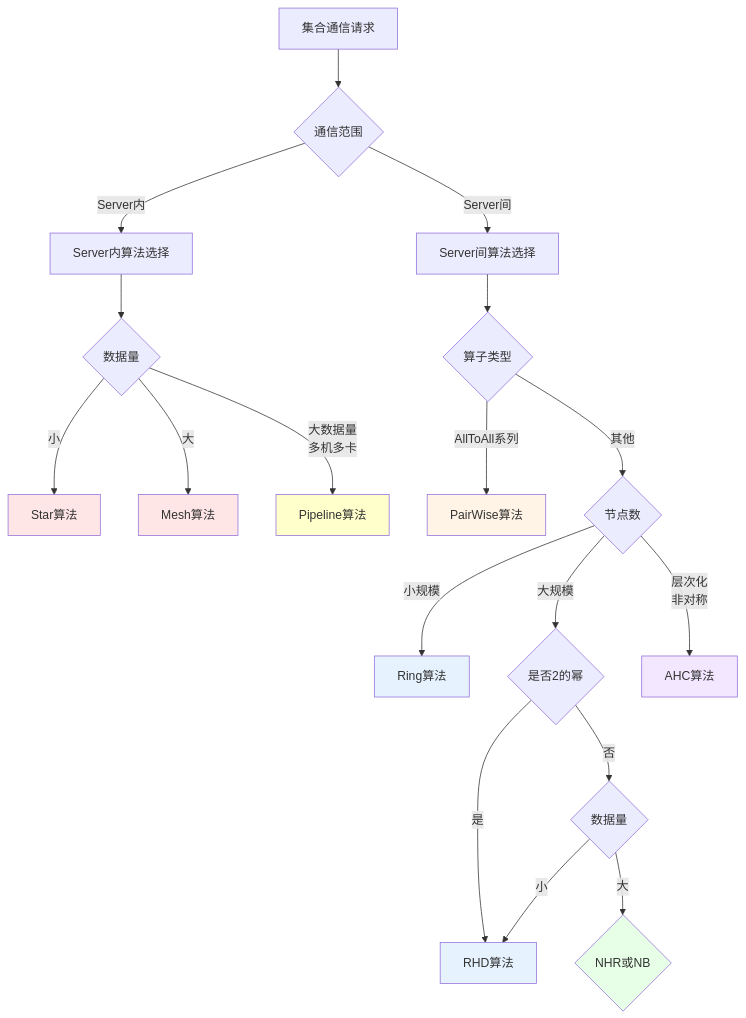
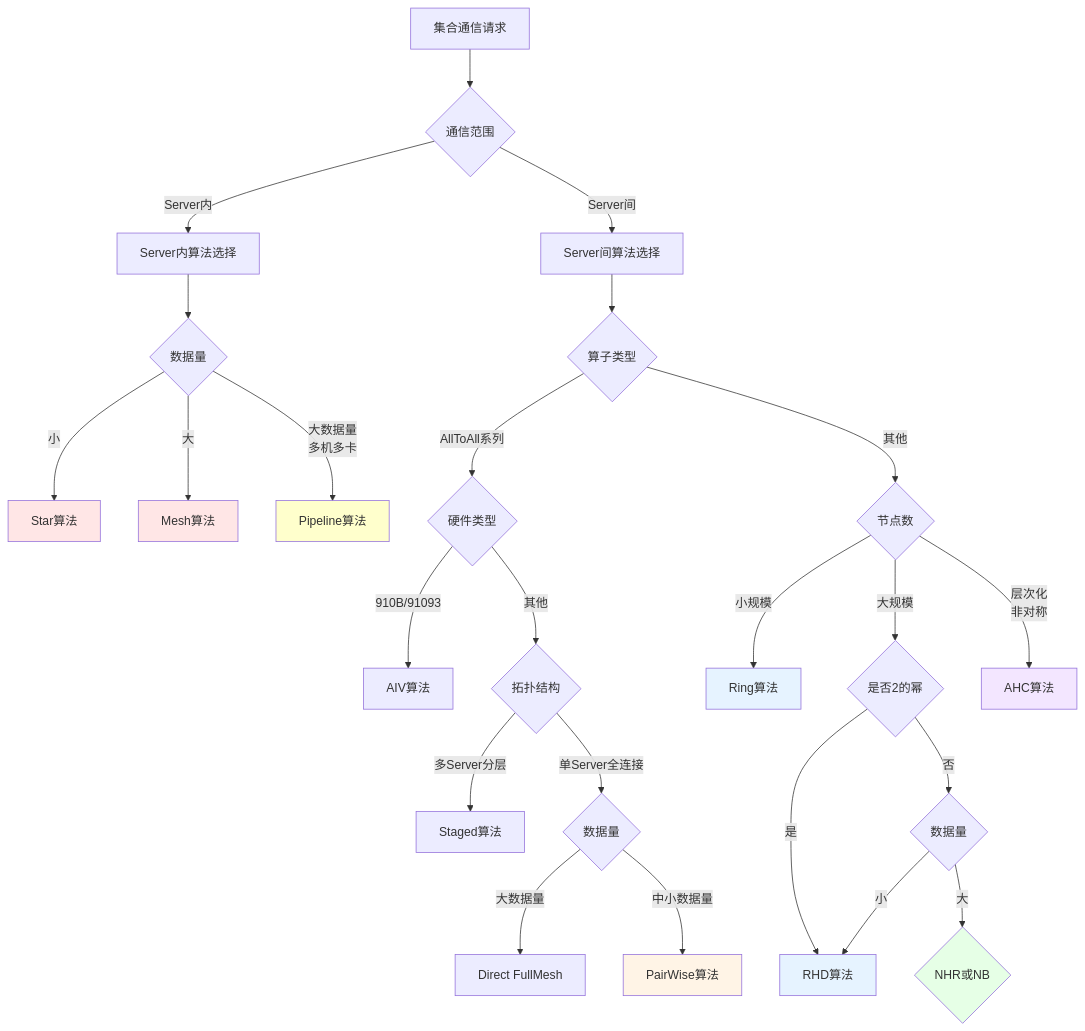
Diagram 20 of 33 in source/_posts/HCCL-Deep-Dive.md (nash635/nash635.github.io), drawn with Mermaid before and after one commit. The commit also changed other lines of this file and 2 other files, not shown here.

````diff
--- a/source/_posts/HCCL-Deep-Dive.md
+++ b/source/_posts/HCCL-Deep-Dive.md
@@ -1464,38 +1571,45 @@
 ```mermaid
 graph TD
     Start[集合通信请求] --> CheckScope{通信范围}
     
     CheckScope -->|Server内| IntraServer[Server内算法选择]
     CheckScope -->|Server间| InterServer[Server间算法选择]
     
     IntraServer --> CheckSize1{数据量}
     CheckSize1 -->|小| Star[Star算法]
     CheckSize1 -->|大| Mesh[Mesh算法]
     
     InterServer --> CheckOp{算子类型}
     
-    CheckOp -->|AllToAll系列| PairWise[PairWise算法]
+    CheckOp -->|AllToAll系列| CheckA2AHardware{硬件类型}
+    CheckA2AHardware -->|910B/91093| AIV[AIV算法]
+    CheckA2AHardware -->|其他| CheckA2ATopo{拓扑结构}
+    CheckA2ATopo -->|多Server分层| StagedA2A[Staged算法]
+    CheckA2ATopo -->|单Server全连接| CheckA2ASize{数据量}
+    CheckA2ASize -->|大数据量| FullMesh[Direct FullMesh]
+    CheckA2ASize -->|中小数据量| PairWise[PairWise算法]
+    
     CheckOp -->|其他| CheckNodes{节点数}
     
     CheckNodes -->|小规模| Ring[Ring算法]
     CheckNodes -->|大规模| CheckPower{是否2的幂}
     
     CheckPower -->|是| RHD[RHD算法]
     CheckPower -->|否| CheckData{数据量}
     
     CheckData -->|小| RHD
     CheckData -->|大| NHR_NB{NHR或NB}
     
     CheckNodes -->|层次化<br/>非对称| AHC[AHC算法]
     
     CheckSize1 -->|大数据量<br/>多机多卡| Pipeline[Pipeline算法]
     
     style Star fill:#ffe6e6
     style Mesh fill:#ffe6e6
     style Ring fill:#e6f3ff
     style RHD fill:#e6f3ff
     style PairWise fill:#fff4e6
     style NHR_NB fill:#e6ffe6
     style AHC fill:#f3e6ff
     style Pipeline fill:#ffffcc
 ```
````
